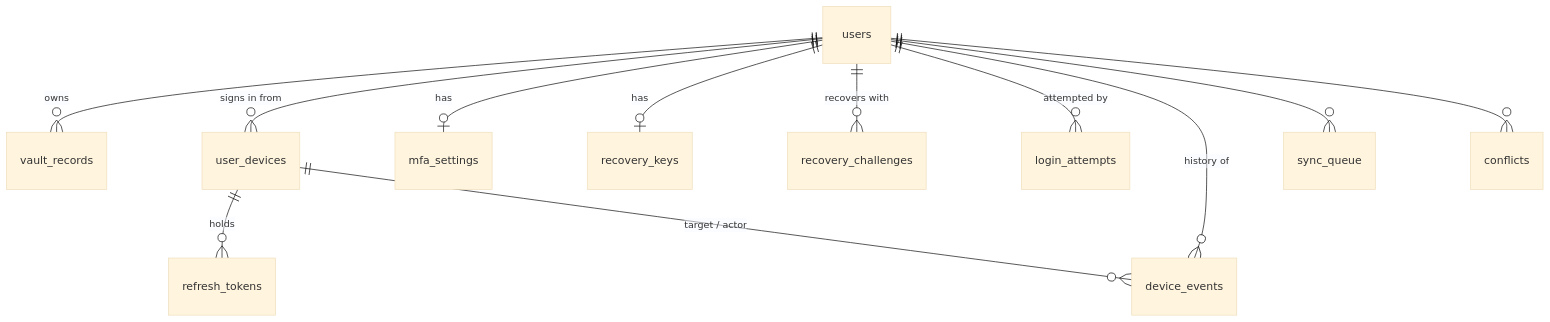
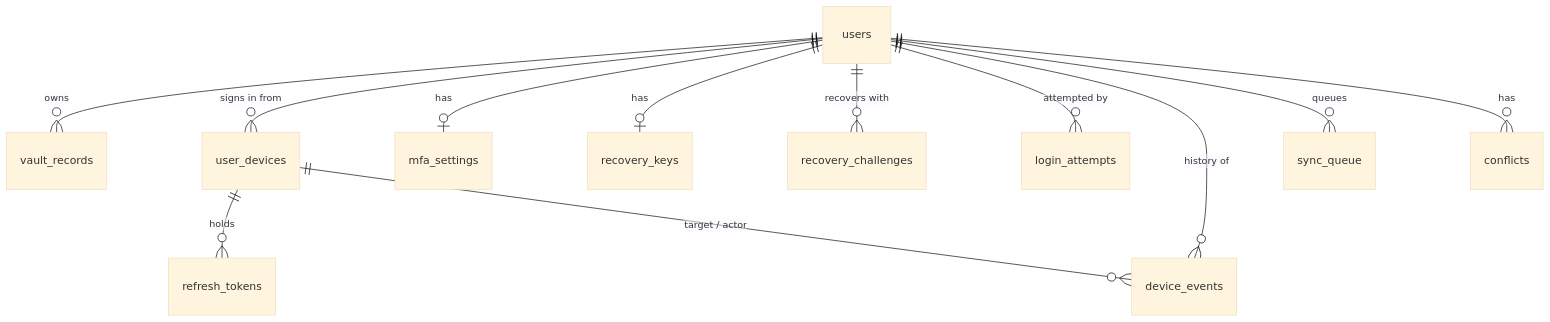
The diagram in docs/DATABASE.md (USER1043/PasswordPal_Backend), drawn with Mermaid (base theme) before and after one commit.

Commit message:
docs(database): label every ER relationship
Claude-Session: https://claude.ai/code/session_01JRXpVFvwVX9q5VjfEaHHJj

````diff
--- a/docs/DATABASE.md
+++ b/docs/DATABASE.md
@@ -7,14 +7,14 @@
 ```mermaid
 erDiagram
     users ||--o{ vault_records : owns
     users ||--o{ user_devices : "signs in from"
     users ||--o| mfa_settings : has
     users ||--o| recovery_keys : has
     users ||--o{ recovery_challenges : "recovers with"
     users ||--o{ login_attempts : "attempted by"
     users ||--o{ device_events : "history of"
     user_devices ||--o{ refresh_tokens : "holds"
     user_devices ||--o{ device_events : "target / actor"
-    users ||--o{ sync_queue : ""
-    users ||--o{ conflicts : ""
+    users ||--o{ sync_queue : "queues"
+    users ||--o{ conflicts : "has"
 ```
````
